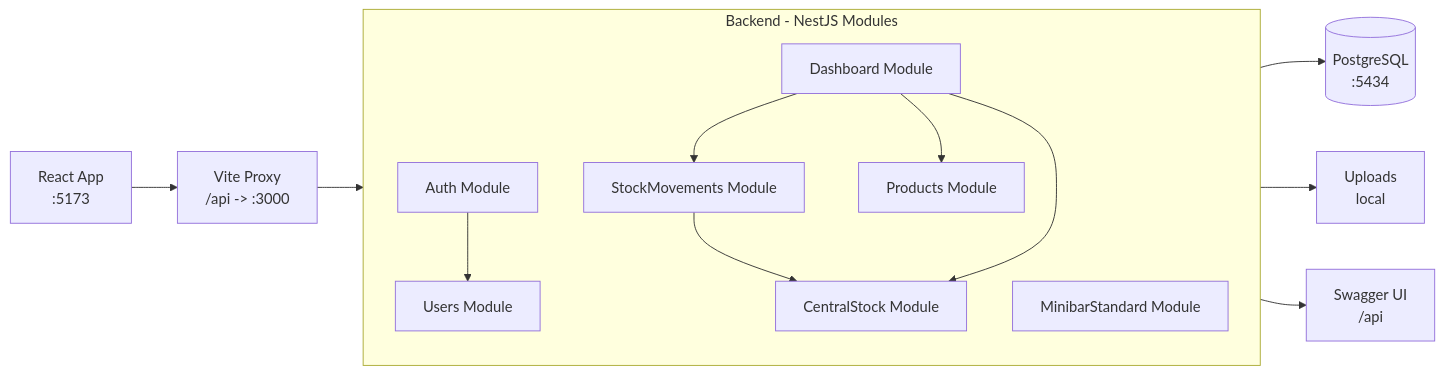
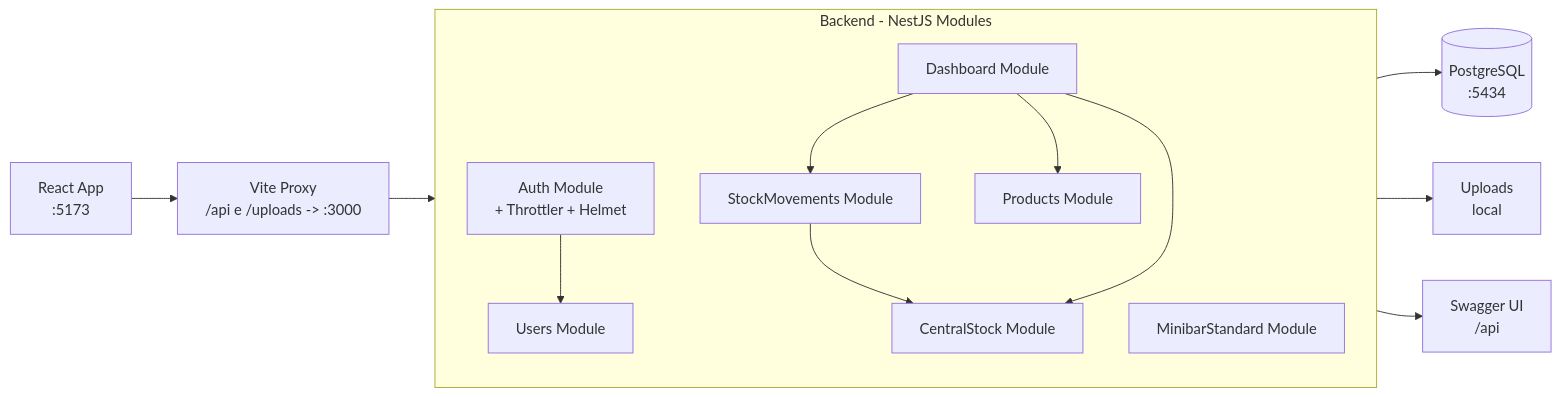
One commit to BrunoRaposoo/nutrigest changed the first of 2 diagrams in README.md. Above: the diagram before and after it, drawn with Mermaid. The commit also changed other lines of this file, not shown here.

````diff
--- a/README.md
+++ b/README.md
@@ -41,24 +45,24 @@
 ```mermaid
 flowchart LR
-    Browser[React App<br/>:5173] --> ViteProxy[Vite Proxy<br/>/api -> :3000]
+    Browser[React App<br/>:5173] --> ViteProxy[Vite Proxy<br/>/api e /uploads -> :3000]
     ViteProxy --> API[NestJS + Fastify<br/>:3000]
     API --> DB[(PostgreSQL<br/>:5434)]
     API --> Storage[Uploads<br/>local]
     API --> Swagger[Swagger UI<br/>/api]
 
     subgraph API [Backend - NestJS Modules]
-        Auth[Auth Module]
+        Auth[Auth Module<br/>+ Throttler + Helmet]
         Users[Users Module]
         Products[Products Module]
         CentralStock[CentralStock Module]
         Minibar[MinibarStandard Module]
         StockMov[StockMovements Module]
         Dashboard[Dashboard Module]
 
         Auth --> Users
         StockMov --> CentralStock
         Dashboard --> Products
         Dashboard --> CentralStock
         Dashboard --> StockMov
     end
 ```
````
